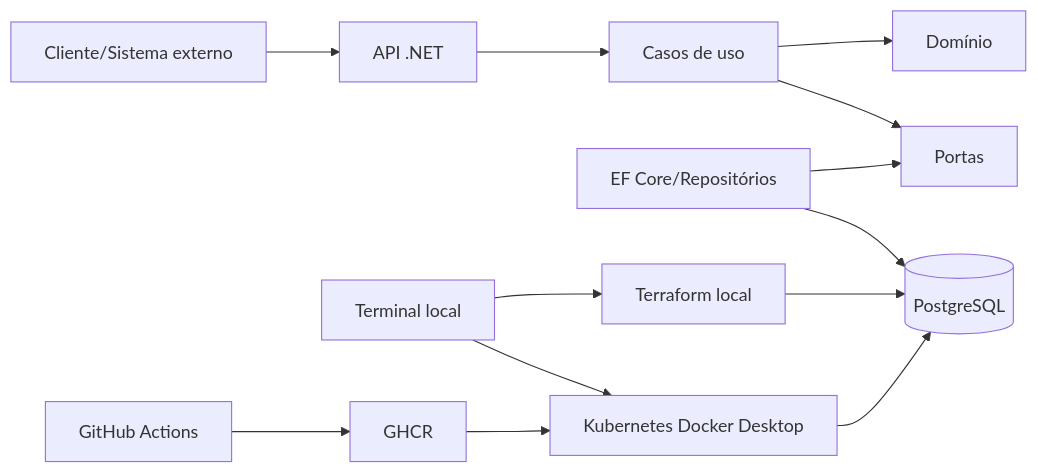
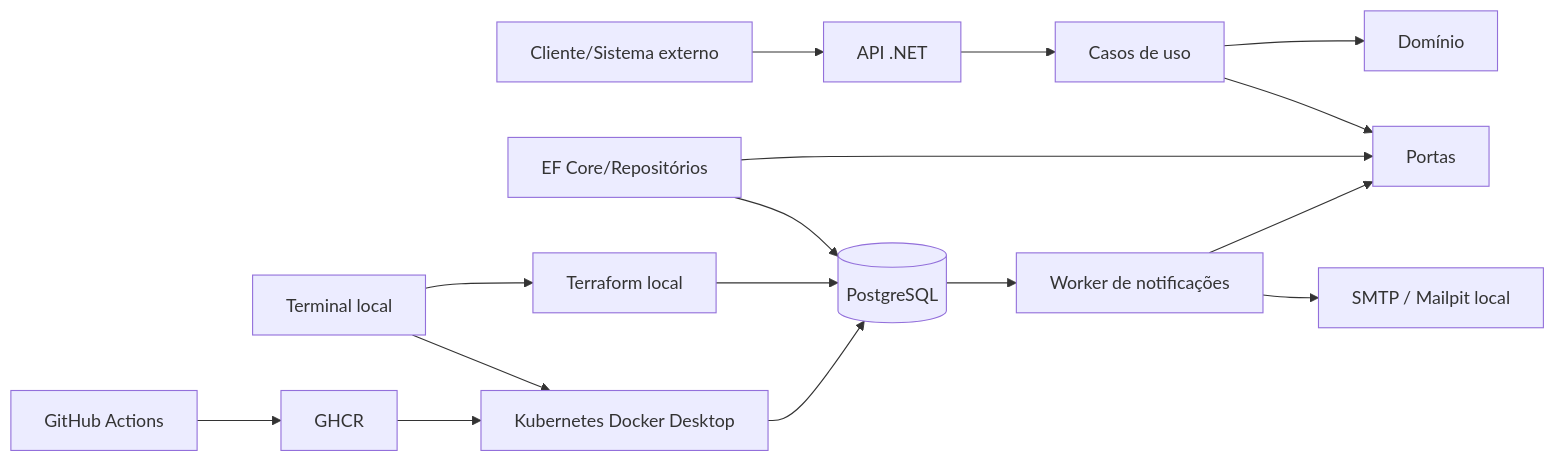
Before and after one commit to louistx/fiap-tech-challenge: the diagram in docs/entrega-fase-2.md, drawn with Mermaid. The commit also changed other lines of this file and 16 other files, not shown here.

````diff
--- a/docs/entrega-fase-2.md
+++ b/docs/entrega-fase-2.md
@@ -28,15 +28,18 @@
 ```mermaid
 flowchart LR
     User[Cliente/Sistema externo] --> API[API .NET]
     API --> APP[Casos de uso]
     APP --> DOMAIN[Domínio]
     APP --> PORTS[Portas]
     DBADAPTER[EF Core/Repositórios] --> PORTS
     DBADAPTER --> PG[(PostgreSQL)]
+    NOTIFY[Worker de notificações] --> PORTS
+    PG --> NOTIFY
+    NOTIFY --> SMTP[SMTP / Mailpit local]
     CICD[GitHub Actions] --> REG[GHCR]
     DEV[Terminal local] --> TF[Terraform local]
     DEV --> K8S[Kubernetes Docker Desktop]
     TF --> PG
     REG --> K8S
     K8S --> PG
 ```
````
